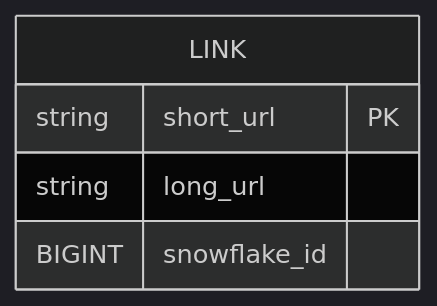
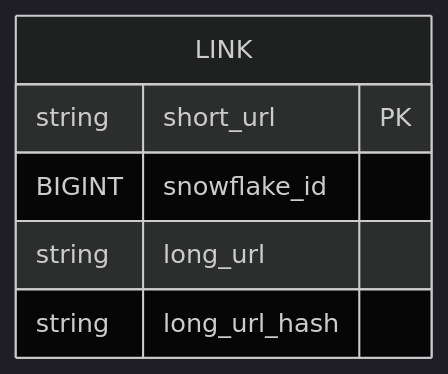
Before and after one commit to nirai-chinen/nirai-chinen: the fourth of 4 diagrams in tech_blog/5_AWS上でURL短縮サービスを設計する/記事.md, drawn with Mermaid (dark theme). The commit also changed other lines of this file, not shown here.

````diff
--- a/tech_blog/5_AWS上でURL短縮サービスを設計する/記事.md
+++ b/tech_blog/5_AWS上でURL短縮サービスを設計する/記事.md
@@ -163,8 +165,9 @@
 ```mermaid
 erDiagram
     LINK {
         string short_url PK
+        BIGINT snowflake_id
         string long_url
-        BIGINT snowflake_id
+        string long_url_hash
     }
 ```
````
